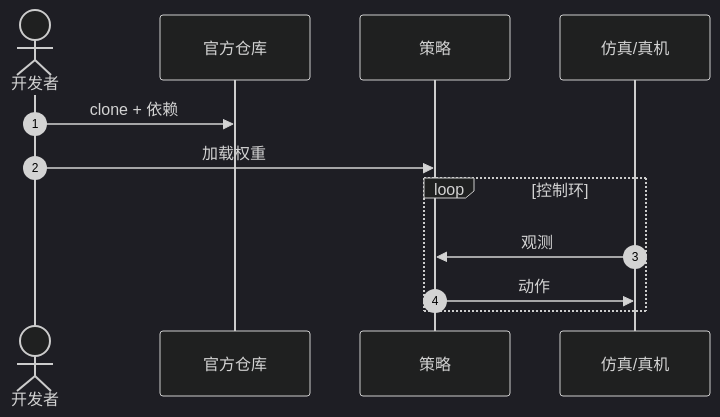
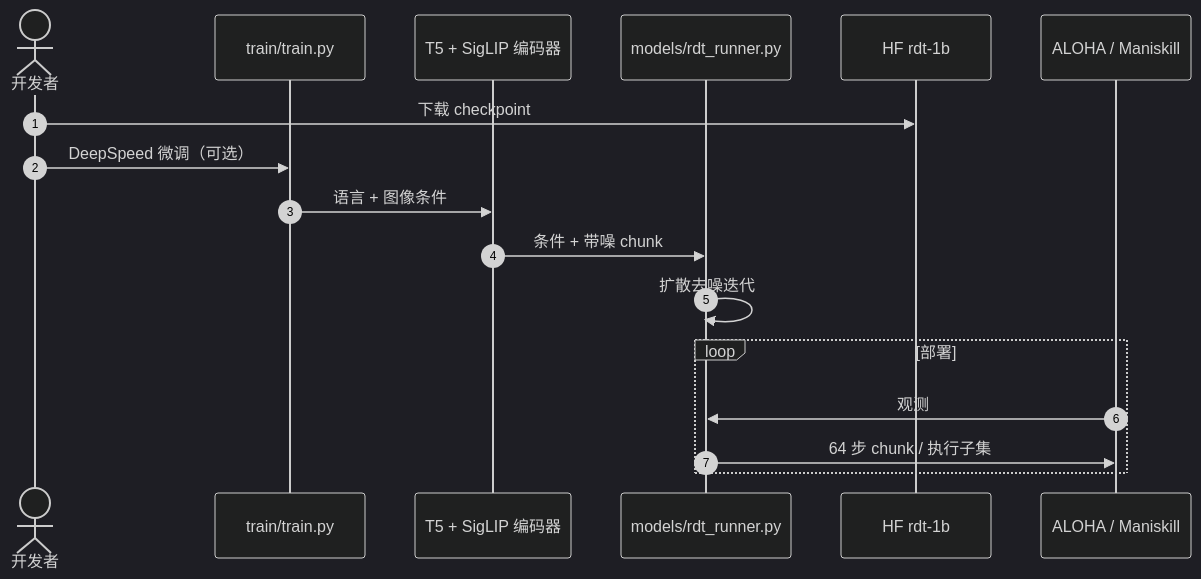
Before and after one commit to ImChong/Robotics_Notebooks: the diagram in wiki/entities/paper-rdt-1b.md, drawn with Mermaid (dark theme). The commit also changed other lines of this file and 29 other files, not shown here.

Commit message:
[2026-09-28] ingest | 扩散→DiT→Flow 七篇阅读链 — DiT-Block 2410.10088、GR00T N1.5、RDT sources、roadmap/depth-robotics-diffusion-dit-flow 与交叉链

````diff
--- a/wiki/entities/paper-rdt-1b.md
+++ b/wiki/entities/paper-rdt-1b.md
@@ -68,14 +76,19 @@
 ```mermaid
 sequenceDiagram
     autonumber
     actor Dev as 开发者
-    participant Repo as 官方仓库
-    participant Policy as 策略
-    participant Env as 仿真/真机
-    Dev->>Repo: clone + 依赖
-    Dev->>Policy: 加载权重
-    loop 控制环
-        Env->>Policy: 观测
-        Policy->>Env: 动作
+    participant Train as train/train.py
+    participant Enc as T5 + SigLIP 编码器
+    participant RDT as models/rdt_runner.py
+    participant HF as HF rdt-1b
+    participant Robot as ALOHA / Maniskill
+    Dev->>HF: 下载 checkpoint
+    Dev->>Train: DeepSpeed 微调（可选）
+    Train->>Enc: 语言 + 图像条件
+    Enc->>RDT: 条件 + 带噪 chunk
+    RDT->>RDT: 扩散去噪迭代
+    loop 部署
+        Robot->>RDT: 观测
+        RDT->>Robot: 64 步 chunk / 执行子集
     end
 ```
````
